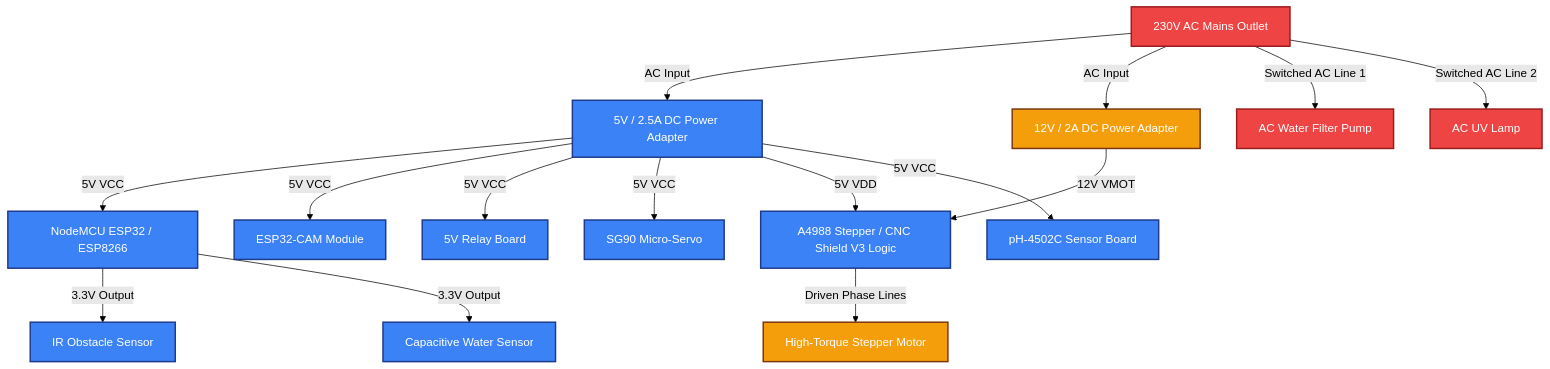
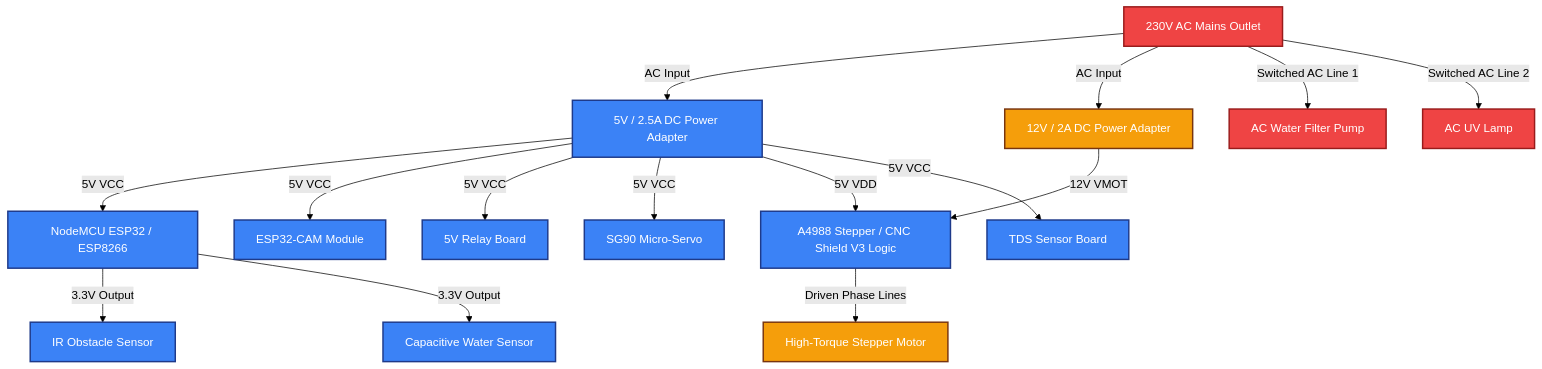
The first of 2 diagrams in PARTS.md (anjanadulan/Smart-Aqua-Manage-Bot), drawn with Mermaid (forest theme) before and after one commit. The commit also changed other lines of this file and 3 other files, not shown here.

Commit message:
refactor: swap pH sensor for Analog TDS Water Conductivity Sensor in docs and dashboard

````diff
--- a/PARTS.md
+++ b/PARTS.md
@@ -12,47 +12,47 @@
 ```mermaid
 graph TD
     %% Styling Nodes
     classDef highVoltage fill:#ef4444,stroke:#991b1b,stroke-width:2px,color:#fff;
     classDef logicPower fill:#3b82f6,stroke:#1e3a8a,stroke-width:2px,color:#fff;
     classDef motorPower fill:#f59e0b,stroke:#78350f,stroke-width:2px,color:#fff;
     classDef hardware fill:#10b981,stroke:#065f46,stroke-width:2px,color:#fff;
 
     %% Power Source Nodes
     AC[230V AC Mains Outlet]:::highVoltage
     PSU_DC5V[5V / 2.5A DC Power Adapter]:::logicPower
     PSU_DC12V[12V / 2A DC Power Adapter]:::motorPower
 
     %% Low Voltage Devices
     NodeMCU[NodeMCU ESP32 / ESP8266]:::logicPower
     ESP32_CAM[ESP32-CAM Module]:::logicPower
     RelayBoard[5V Relay Board]:::logicPower
     StepperDriver[A4988 Stepper / CNC Shield V3 Logic]:::logicPower
     SG90[SG90 Micro-Servo]:::logicPower
     IRSensor[IR Obstacle Sensor]:::logicPower
     CapWater[Capacitive Water Sensor]:::logicPower
-    pHSensor[pH-4502C Sensor Board]:::logicPower
+    TDSSensor[TDS Sensor Board]:::logicPower
 
     %% High Power Devices
     StepperMotor[High-Torque Stepper Motor]:::motorPower
     FilterPump[AC Water Filter Pump]:::highVoltage
     UVSterilizer[AC UV Lamp]:::highVoltage
 
     %% Connections
     AC -->|AC Input| PSU_DC5V
     AC -->|AC Input| PSU_DC12V
     AC -->|Switched AC Line 1| FilterPump
     AC -->|Switched AC Line 2| UVSterilizer
 
     PSU_DC5V -->|5V VCC| NodeMCU
     PSU_DC5V -->|5V VCC| ESP32_CAM
     PSU_DC5V -->|5V VCC| RelayBoard
     PSU_DC5V -->|5V VCC| SG90
     PSU_DC5V -->|5V VDD| StepperDriver
-    PSU_DC5V -->|5V VCC| pHSensor
+    PSU_DC5V -->|5V VCC| TDSSensor
 
     PSU_DC12V -->|12V VMOT| StepperDriver
     StepperDriver -->|Driven Phase Lines| StepperMotor
 
     NodeMCU -->|3.3V Output| IRSensor
     NodeMCU -->|3.3V Output| CapWater
 ```
````
